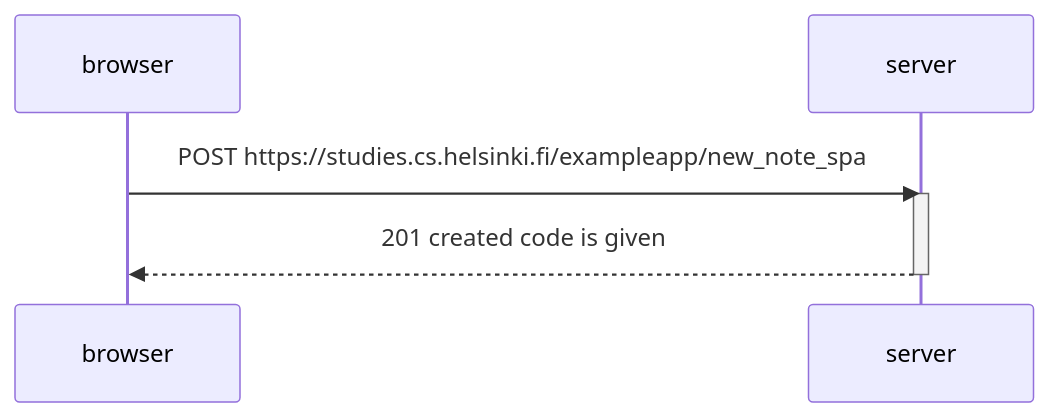
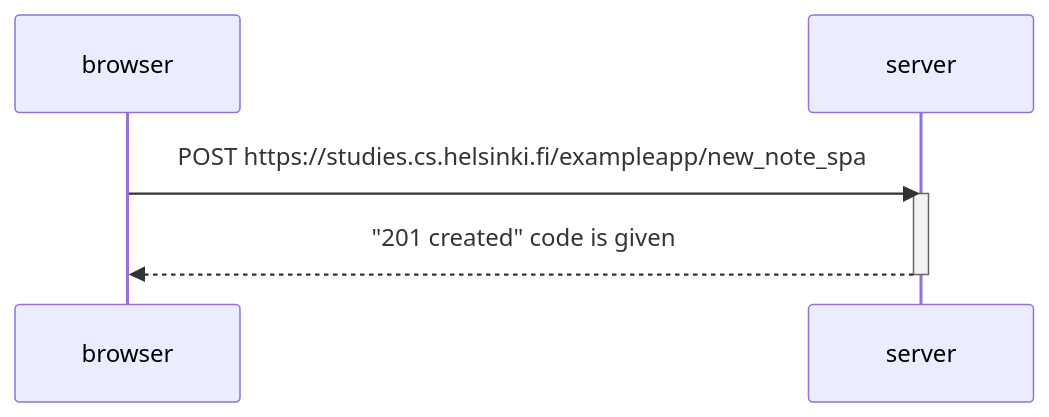
The diagram in exercise06.md (Han-Selo/fullstackopen), drawn with Mermaid before and after one commit.

````diff
--- a/exercise06.md
+++ b/exercise06.md
@@ -1,12 +1,12 @@
 ```mermaid
 sequenceDiagram
     participant browser
     participant server
 
     browser->>server: POST https://studies.cs.helsinki.fi/exampleapp/new_note_spa
     
     activate server
-    server-->>browser: 201 created code is given
+    server-->>browser: "201 created" code is given
     deactivate server
 
 ```
````
